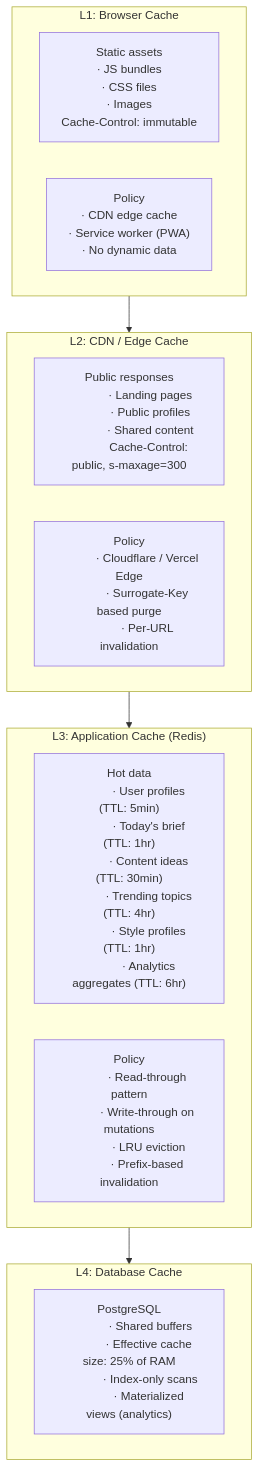
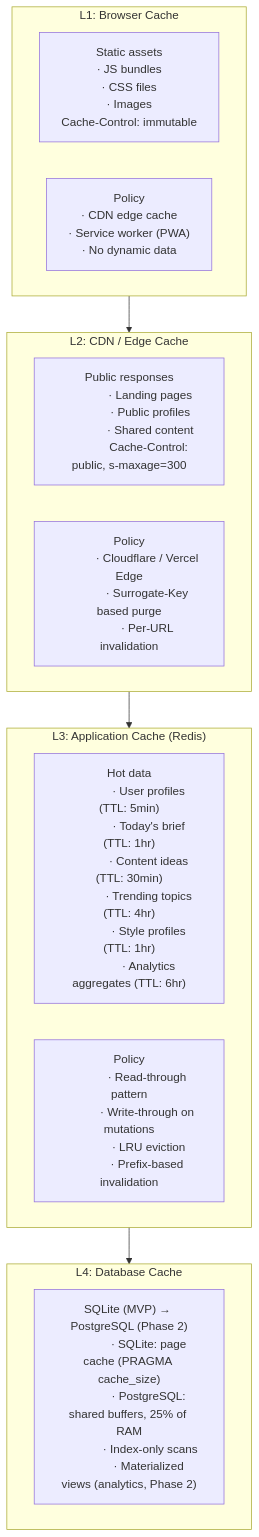
Before and after one commit to Blacksujit/AI-Brand-OS: diagram 19 of 24 in docs/02_SYSTEM_ARCHITECTURE.md, drawn with Mermaid. The commit also changed other lines of this file and 18 other files, not shown here.

````diff
--- a/docs/02_SYSTEM_ARCHITECTURE.md
+++ b/docs/02_SYSTEM_ARCHITECTURE.md
@@ -1726,53 +1736,53 @@
 ```mermaid
 flowchart TB
   subgraph L1["L1: Browser Cache"]
     L1_DATA["Static assets
              · JS bundles
              · CSS files
              · Images
              Cache-Control: immutable"]
     L1_POL["Policy
             · CDN edge cache
             · Service worker (PWA)
             · No dynamic data"]
   end
 
   subgraph L2["L2: CDN / Edge Cache"]
     L2_DATA["Public responses
              · Landing pages
              · Public profiles
              · Shared content
              Cache-Control: public, s-maxage=300"]
     L2_POL["Policy
             · Cloudflare / Vercel Edge
             · Surrogate-Key based purge
             · Per-URL invalidation"]
   end
 
   subgraph L3["L3: Application Cache (Redis)"]
     L3_DATA["Hot data
              · User profiles (TTL: 5min)
              · Today's brief (TTL: 1hr)
              · Content ideas (TTL: 30min)
              · Trending topics (TTL: 4hr)
              · Style profiles (TTL: 1hr)
              · Analytics aggregates (TTL: 6hr)"]
     L3_POL["Policy
             · Read-through pattern
             · Write-through on mutations
             · LRU eviction
             · Prefix-based invalidation"]
   end
 
   subgraph L4["L4: Database Cache"]
-    L4_DATA["PostgreSQL
-             · Shared buffers
-             · Effective cache size: 25% of RAM
+    L4_DATA["SQLite (MVP) → PostgreSQL (Phase 2)
+             · SQLite: page cache (PRAGMA cache_size)
+             · PostgreSQL: shared buffers, 25% of RAM
              · Index-only scans
-             · Materialized views (analytics)"]
+             · Materialized views (analytics, Phase 2)"]
   end
 
   L1 --> L2
   L2 --> L3
   L3 --> L4
 ```
````
